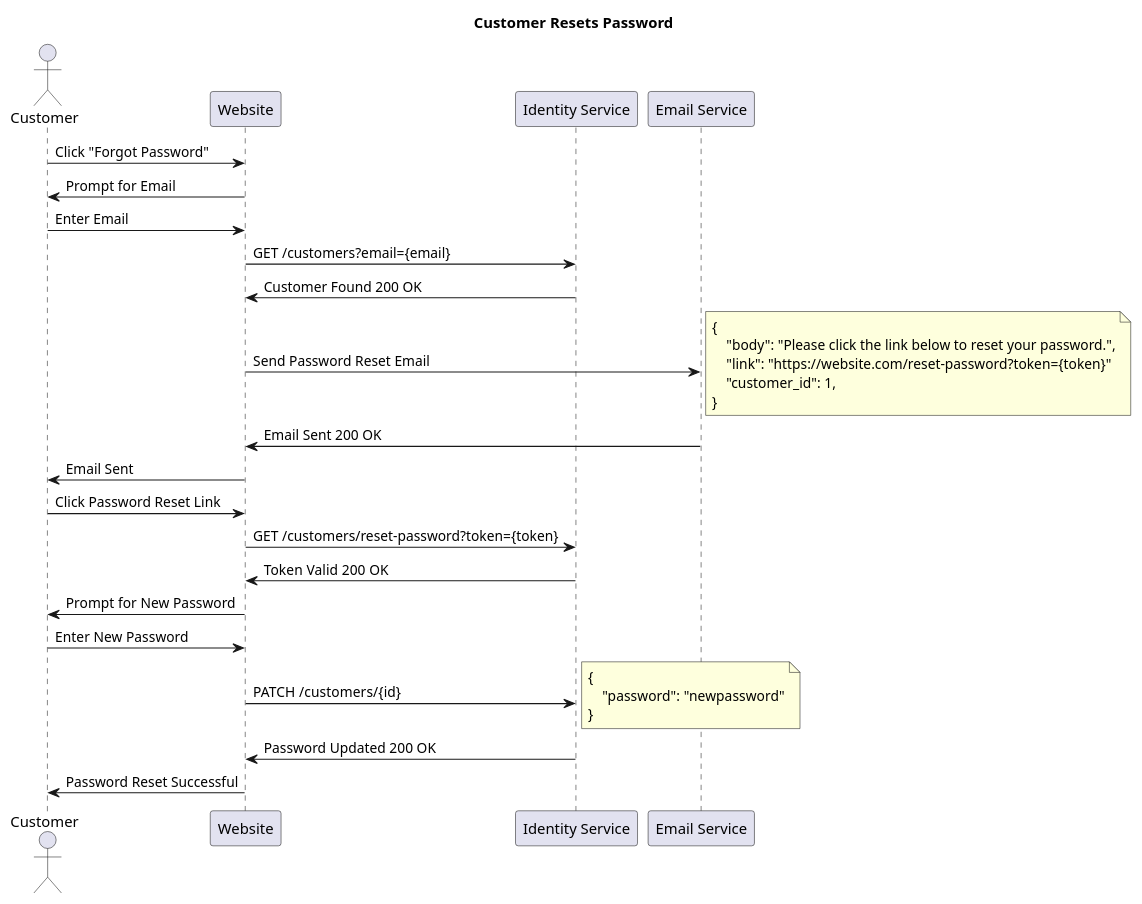
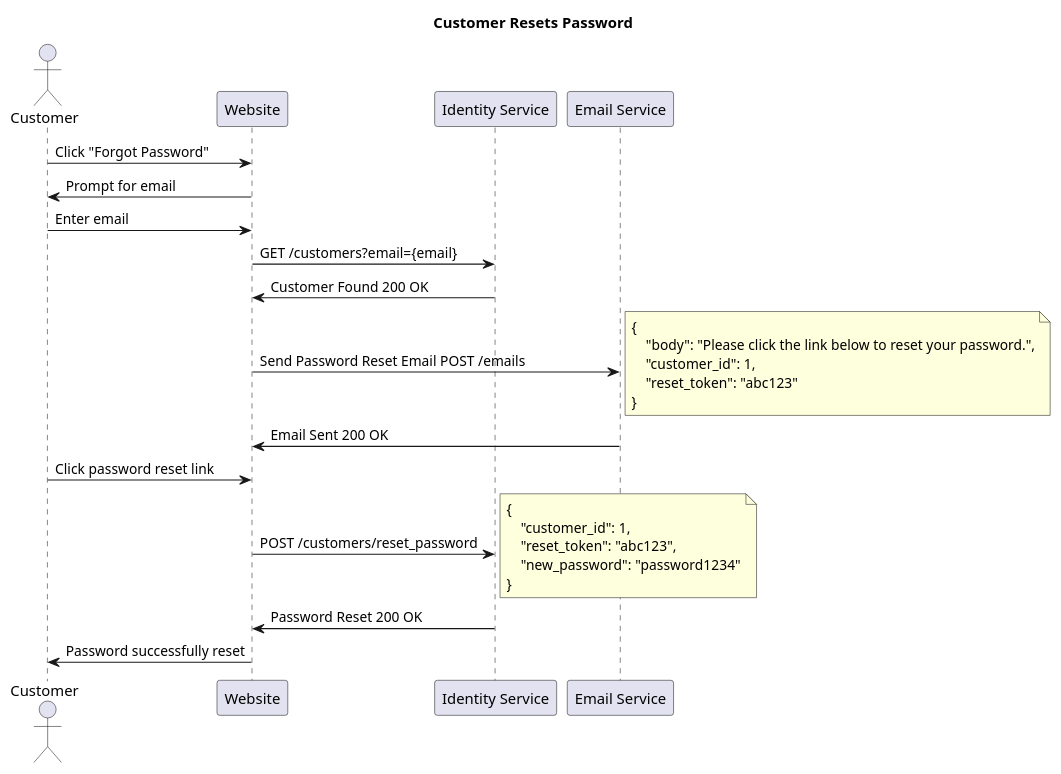
The diagram in architecture/sequence-diagrams/Customer Resets Password.md (jjoneson/workforce-demo-scratch), drawn with PlantUML before and after one commit.

Commit message:
Updated by Workflow

```diff
--- a/architecture/sequence-diagrams/Customer Resets Password.md
+++ b/architecture/sequence-diagrams/Customer Resets Password.md
@@ -2,38 +2,34 @@
 @startuml Customer Resets Password
 title Customer Resets Password
 actor Customer
 participant Website
 participant IdentityService as "Identity Service"
 participant EmailService as "Email Service"
 
 Customer -> Website: Click "Forgot Password"
-Website -> Customer: Prompt for Email
-Customer -> Website: Enter Email
+Website -> Customer: Prompt for email
+Customer -> Website: Enter email
 Website -> IdentityService: GET /customers?email={email}
 IdentityService -> Website: Customer Found 200 OK
-Website -> EmailService: Send Password Reset Email 
+Website -> EmailService: Send Password Reset Email POST /emails
 note right
 {
     "body": "Please click the link below to reset your password.",
-    "link": "https://website.com/reset-password?token={token}"
     "customer_id": 1,
+    "reset_token": "abc123" 
 }
 end note
 EmailService -> Website: Email Sent 200 OK
-Website -> Customer: Email Sent
-
-Customer -> Website: Click Password Reset Link
-Website -> IdentityService: GET /customers/reset-password?token={token}
-IdentityService -> Website: Token Valid 200 OK
-Website -> Customer: Prompt for New Password
-Customer -> Website: Enter New Password
-Website -> IdentityService: PATCH /customers/{id}
+Customer -> Website: Click password reset link
+Website -> IdentityService: POST /customers/reset_password
 note right 
 {
-    "password": "newpassword"
+    "customer_id": 1,
+    "reset_token": "abc123",
+    "new_password": "password1234"
 }
 end note
-IdentityService -> Website: Password Updated 200 OK
-Website -> Customer: Password Reset Successful
+IdentityService -> Website: Password Reset 200 OK
+Website -> Customer: Password successfully reset
 
 @enduml
```
